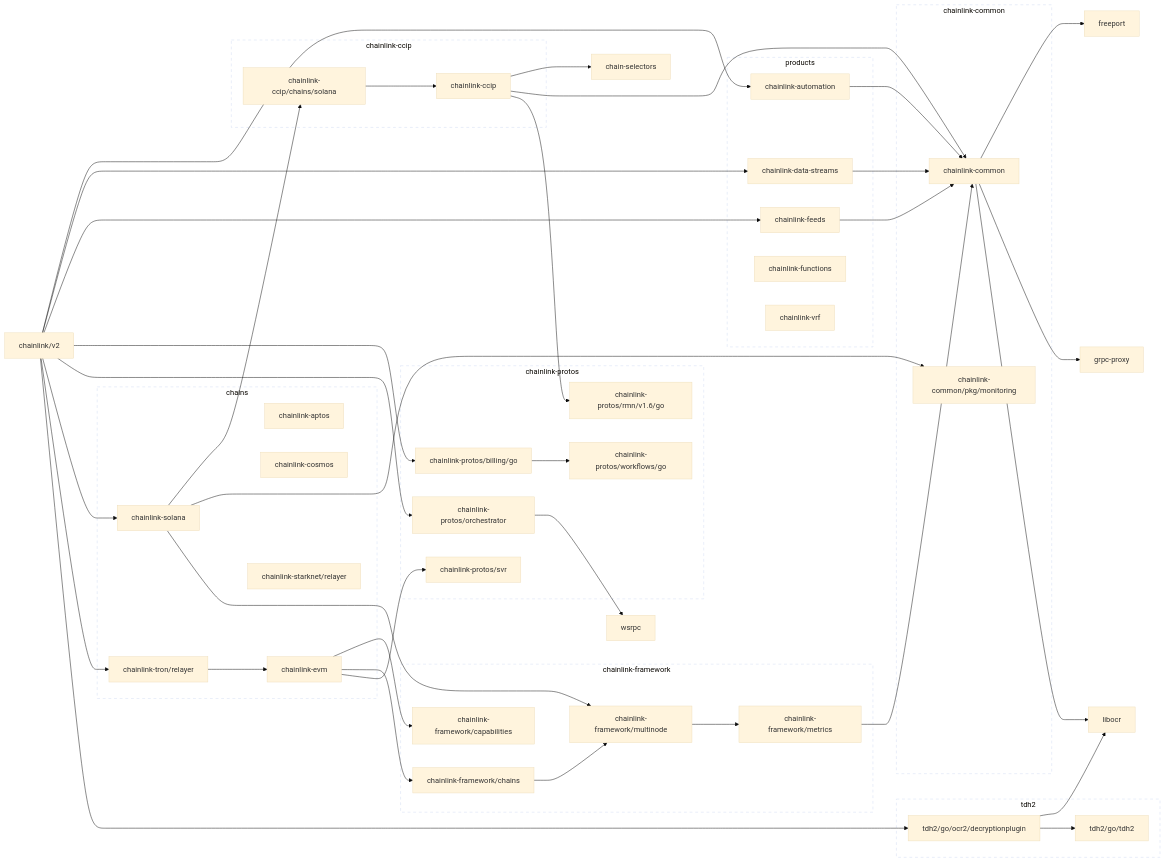
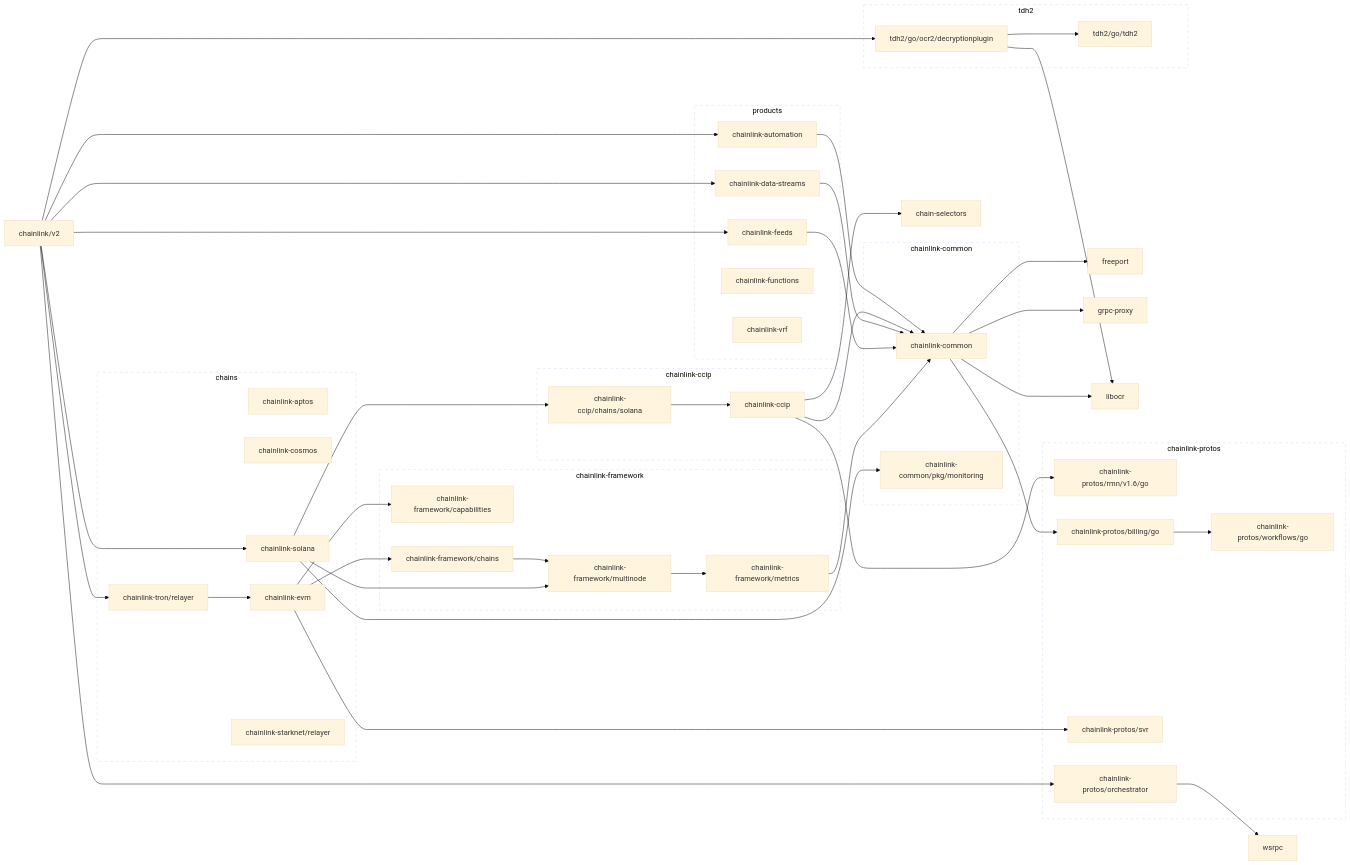
One commit to smartcontractkit/chainlink changed the first of 2 diagrams in go.md. Above: the diagram before and after it, drawn with Mermaid (base theme). The commit also changed other lines of this file, not shown here.

Commit message:
generate

```diff
--- a/go.md
+++ b/go.md
@@ -32,6 +32,7 @@
 	click chainlink-ccip href "https://github.com/smartcontractkit/chainlink-ccip"
 	chainlink-ccip/chains/solana --> chainlink-ccip
 	click chainlink-ccip/chains/solana href "https://github.com/smartcontractkit/chainlink-ccip"
+	chainlink-common --> chainlink-protos/billing/go
 	chainlink-common --> freeport
 	chainlink-common --> grpc-proxy
 	chainlink-common --> libocr
@@ -73,7 +74,6 @@
 	chainlink/v2 --> chainlink-automation
 	chainlink/v2 --> chainlink-data-streams
 	chainlink/v2 --> chainlink-feeds
-	chainlink/v2 --> chainlink-protos/billing/go
 	chainlink/v2 --> chainlink-protos/orchestrator
 	chainlink/v2 --> chainlink-solana
 	chainlink/v2 --> chainlink-tron/relayer
```
